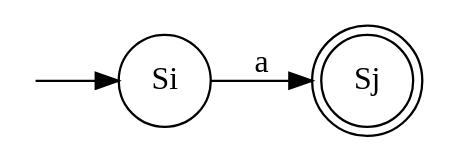
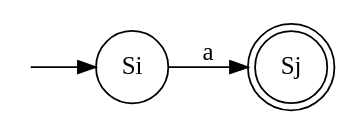
Before and after one commit to obcode/compiler: the diagram in img/02/NFAa.dot, drawn with Graphviz. The commit also changed 33 other files, not shown here.

```diff
--- a/img/02/NFAa.dot
+++ b/img/02/NFAa.dot
@@ -1,9 +1,9 @@
 digraph finite_state_machine {
     rankdir=LR;
-    size="8,5"
+    size="2,2"
     node [shape = point, color=white, fontcolor=white]; start;
     node [shape = doublecircle, color=black, fontcolor=black]; Sj;
     node [shape = circle];
     start -> Si;
     Si -> Sj [ label = "a" ];
 }
```
